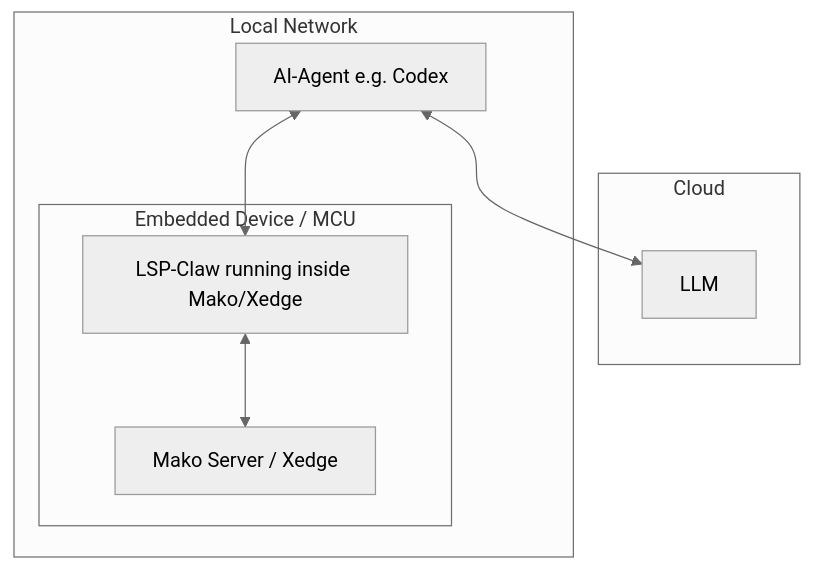
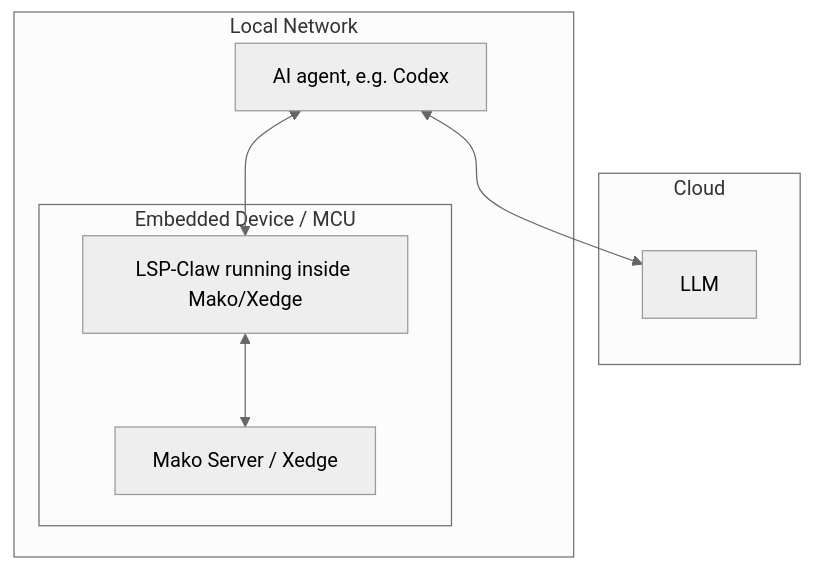
The diagram in README.md (RealTimeLogic/LSP-Claw), drawn with Mermaid (neutral theme) before and after one commit. The commit also changed other lines of this file and 4 other files, not shown here.

````diff
--- a/README.md
+++ b/README.md
@@ -40,26 +38,19 @@
 ```mermaid
 flowchart TB
-
     subgraph Cloud["Cloud"]
         LLM["LLM"]
     end
 
     subgraph Local["Local Network"]
-
-        Agent["AI-Agent e.g. Codex"]
+        Agent["AI agent, e.g. Codex"]
 
         subgraph Device["Embedded Device / MCU"]
-
             RT["Mako Server / Xedge"]
-
             MCP["LSP-Claw running inside Mako/Xedge"]
-
         end
     end
 
     Agent <--> LLM
-
     Agent <--> MCP
-
     MCP <--> RT
 ```
````
